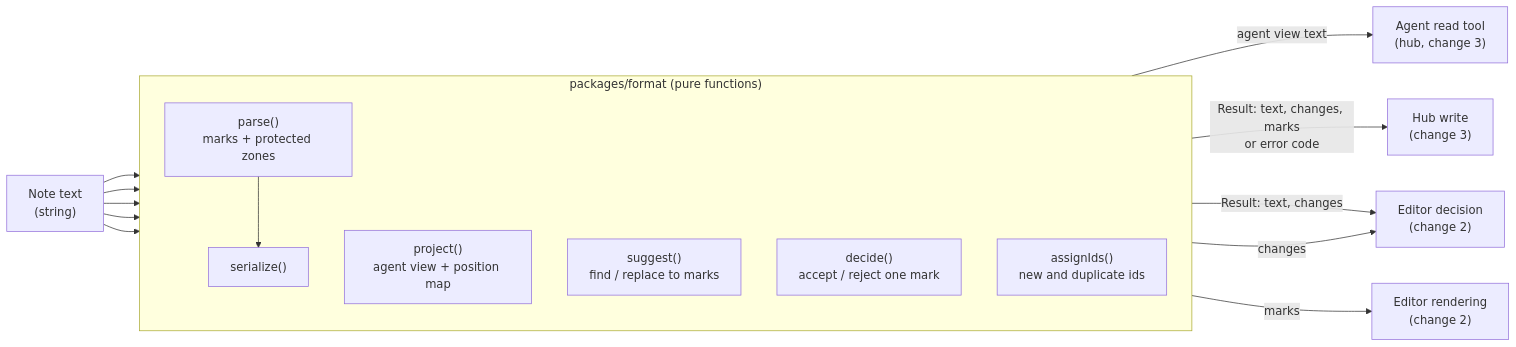
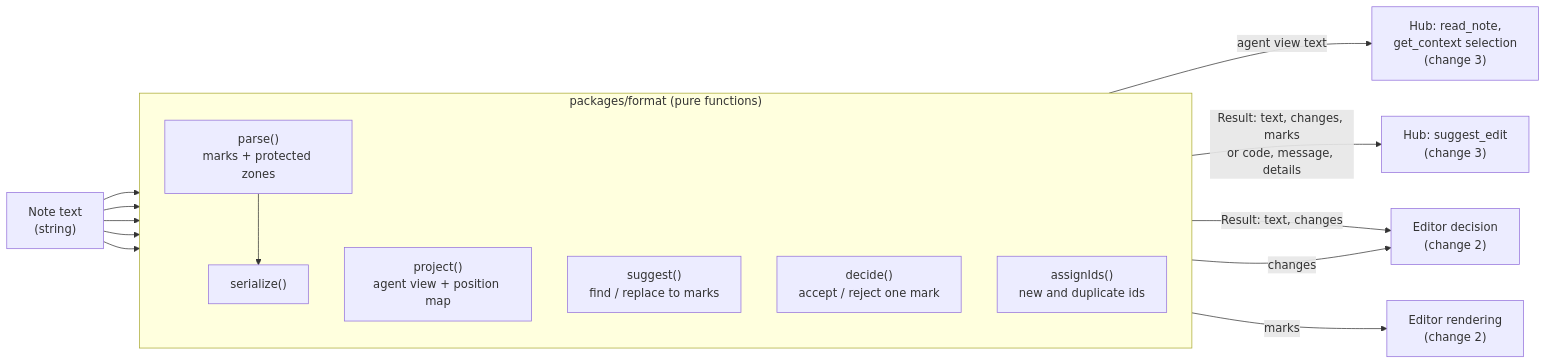
One commit to novazembla/md-coeditor changed the first of 3 diagrams in openspec/docs/architecture-format.md. Above: the diagram before and after it, drawn with Mermaid. The commit also changed other lines of this file and 140 other files, not shown here.

````diff
--- a/openspec/docs/architecture-format.md
+++ b/openspec/docs/architecture-format.md
@@ -13,27 +11,27 @@
 ```mermaid
 flowchart LR
   TEXT["Note text<br/>(string)"]
 
   subgraph FMT["packages/format (pure functions)"]
     direction TB
     PARSE["parse()<br/>marks + protected zones"]
     PROJECT["project()<br/>agent view + position map"]
     SUGGEST["suggest()<br/>find / replace to marks"]
     DECIDE["decide()<br/>accept / reject one mark"]
     IDS["assignIds()<br/>new and duplicate ids"]
     SER["serialize()"]
   end
 
   TEXT --> PARSE
   TEXT --> PROJECT
   TEXT --> SUGGEST
   TEXT --> DECIDE
   TEXT --> IDS
   PARSE --> SER
 
-  PROJECT -->|"agent view text"| AGENT["Agent read tool<br/>(hub, change 3)"]
-  SUGGEST -->|"Result: text, changes, marks<br/>or error code"| HUB["Hub write<br/>(change 3)"]
+  PROJECT -->|"agent view text"| AGENT["Hub: read_note,<br/>get_context selection<br/>(change 3)"]
+  SUGGEST -->|"Result: text, changes, marks<br/>or code, message, details"| HUB["Hub: suggest_edit<br/>(change 3)"]
   DECIDE -->|"Result: text, changes"| EDITOR["Editor decision<br/>(change 2)"]
   IDS -->|"changes"| EDITOR
   PARSE -->|"marks"| RENDER["Editor rendering<br/>(change 2)"]
 ```
````
